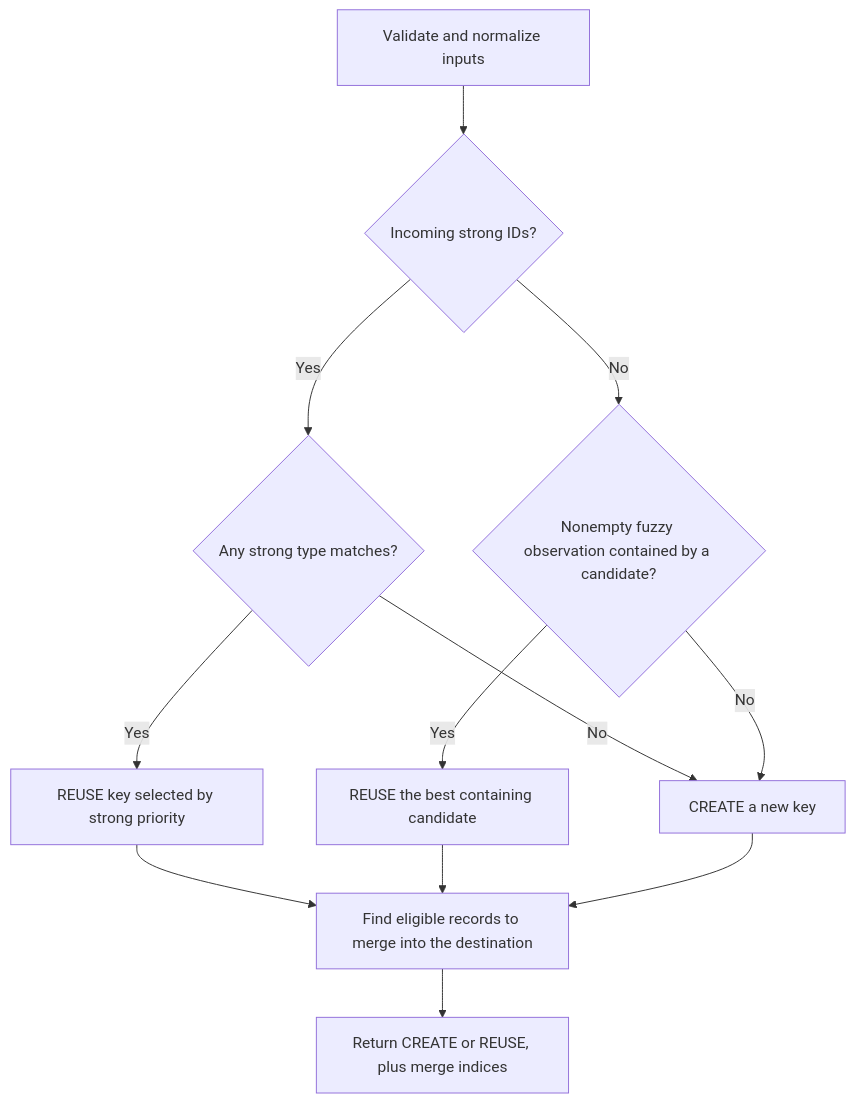
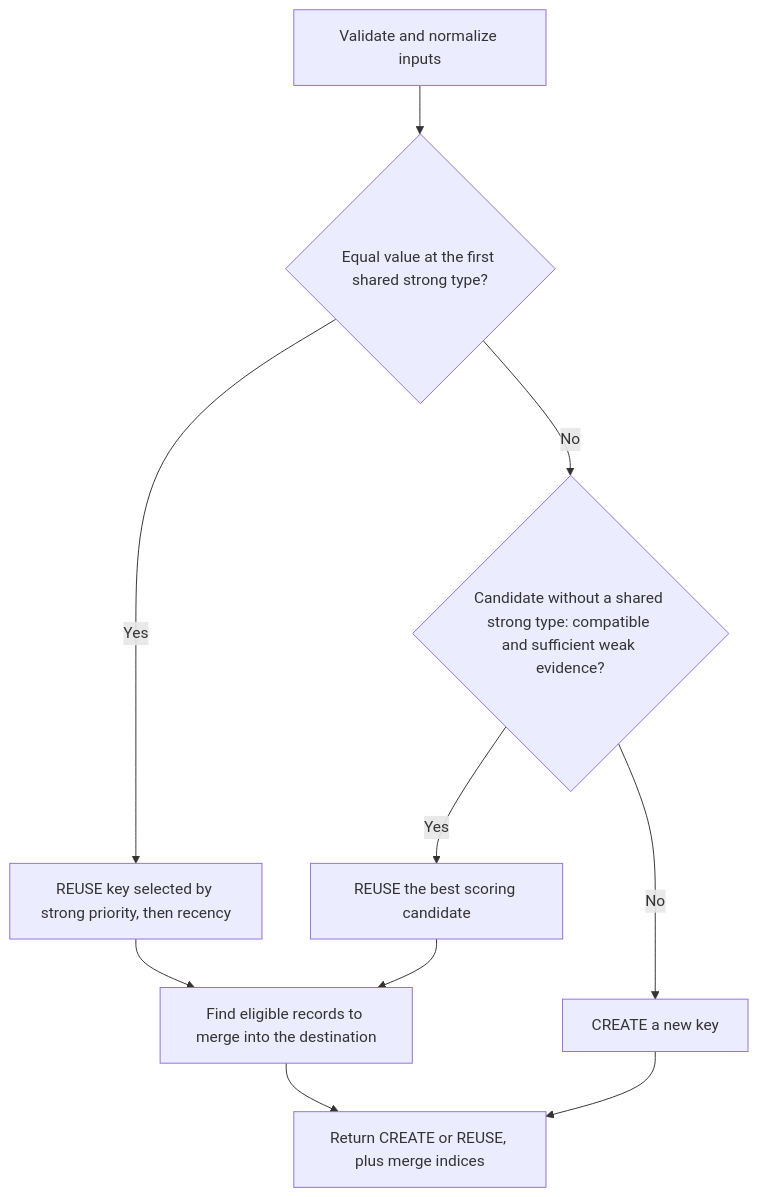
Before and after one commit to greenbone/asset-identity: the diagram in docs/how-asset-identity-works.md, drawn with Mermaid. The commit also changed other lines of this file and 25 other files, not shown here.

````diff
--- a/docs/how-asset-identity-works.md
+++ b/docs/how-asset-identity-works.md
@@ -145,14 +155,12 @@
 ```mermaid
 flowchart TD
-    A[Validate and normalize inputs] --> B{Incoming strong IDs?}
-    B -- Yes --> C{Any strong type matches?}
-    C -- Yes --> D[REUSE key selected by strong priority]
-    C -- No --> E[CREATE a new key]
-    B -- No --> F{Nonempty fuzzy observation contained by a candidate?}
-    F -- Yes --> G[REUSE the best containing candidate]
-    F -- No --> E
+    A[Validate and normalize inputs] --> B{Equal value at the first shared strong type?}
+    B -- Yes --> D[REUSE key selected by strong priority, then recency]
+    B -- No --> F{Candidate without a shared strong type: compatible and sufficient weak evidence?}
+    F -- Yes --> G[REUSE the best scoring candidate]
+    F -- No --> E[CREATE a new key]
     D --> H[Find eligible records to merge into the destination]
     G --> H
-    E --> H
-    H --> I[Return CREATE or REUSE, plus merge indices]
+    E --> I[Return CREATE or REUSE, plus merge indices]
+    H --> I
 ```
````
